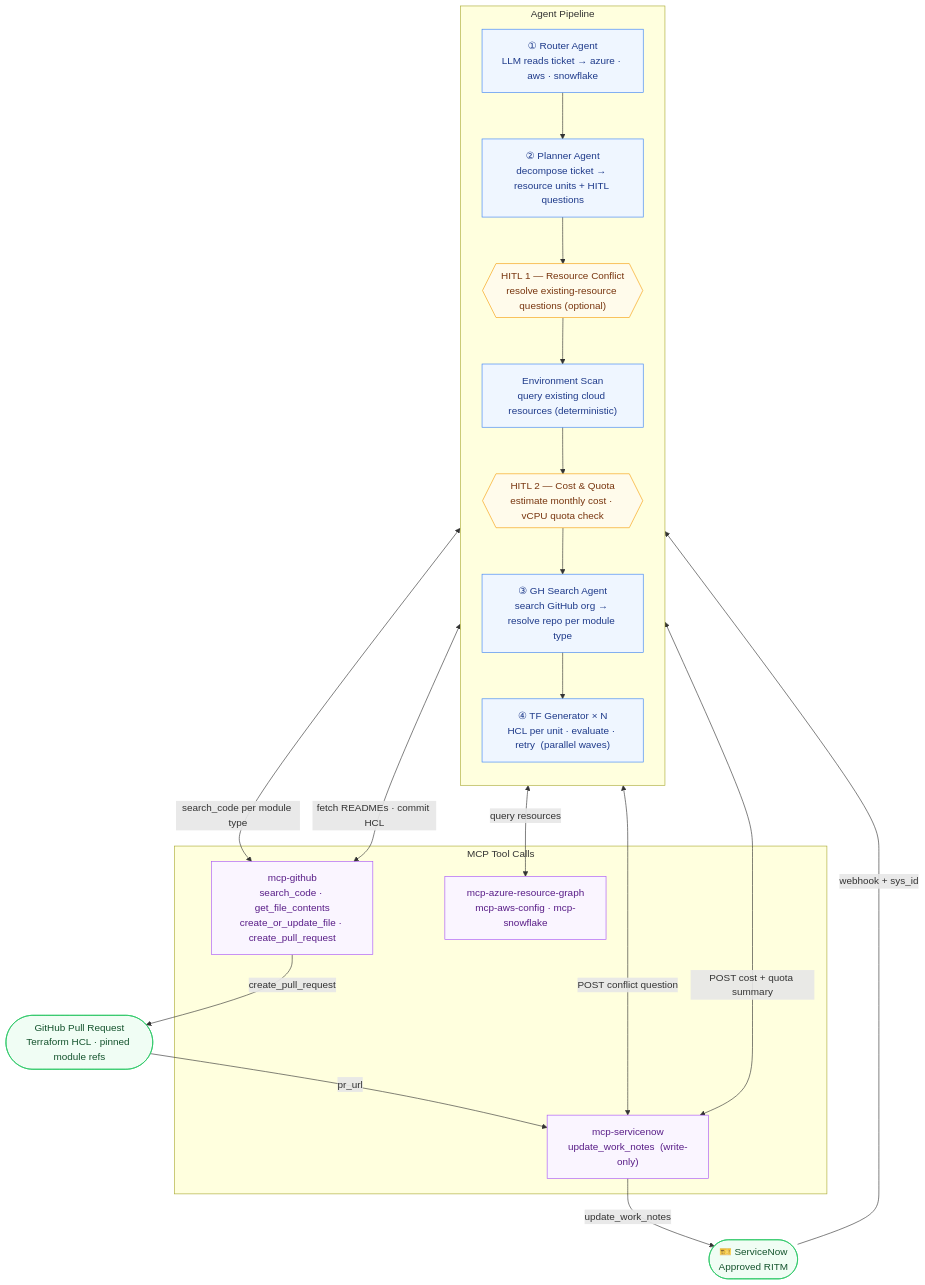
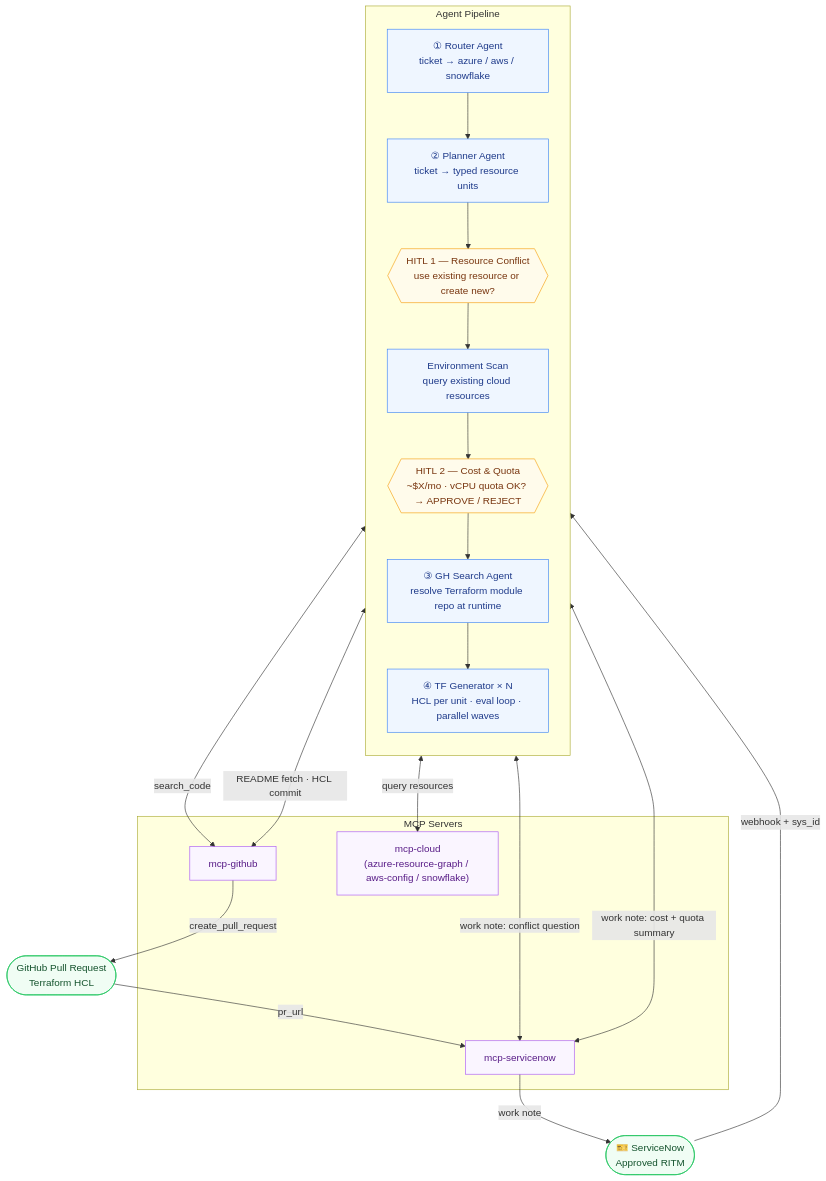
One commit to natesanshreyas/snow-tf-platform changed the first of 2 diagrams in ARCHITECTURE.md. Above: the diagram before and after it, drawn with Mermaid. The commit also changed other lines of this file, not shown here.

First line of the commit message:
Clean up Mermaid diagrams — remove block comments, add HITL 2 gate

````diff
--- a/ARCHITECTURE.md
+++ b/ARCHITECTURE.md
@@ -5,46 +5,43 @@
 ```mermaid
 flowchart TD
     SNOW(["🎫 ServiceNow\nApproved RITM"])
+    PR(["GitHub Pull Request\nTerraform HCL"])
 
-    subgraph AGENTS["  Agent Pipeline  "]
+    subgraph PIPELINE["Agent Pipeline"]
         direction TB
-        A1["① Router Agent\nLLM reads ticket → azure · aws · snowflake"]
-        A2["② Planner Agent\ndecompose ticket → resource units + HITL questions"]
-        HITL1{{"HITL 1 — Resource Conflict\nresolve existing-resource questions (optional)"}}
-        SCAN["Environment Scan\nquery existing cloud resources (deterministic)"]
-        COST{{"HITL 2 — Cost & Quota\nestimate monthly cost · vCPU quota check"}}
-        A3["③ GH Search Agent\nsearch GitHub org → resolve repo per module type"]
-        A4["④ TF Generator × N\nHCL per unit · evaluate · retry  (parallel waves)"]
+        A1["① Router Agent\nticket → azure / aws / snowflake"]
+        A2["② Planner Agent\nticket → typed resource units"]
+        HITL1{{"HITL 1 — Resource Conflict\nuse existing resource or create new?"}}
+        SCAN["Environment Scan\nquery existing cloud resources"]
+        COST{{"HITL 2 — Cost & Quota\n~$X/mo · vCPU quota OK? → APPROVE / REJECT"}}
+        A3["③ GH Search Agent\nresolve Terraform module repo at runtime"]
+        A4["④ TF Generator × N\nHCL per unit · eval loop · parallel waves"]
         A1 --> A2 --> HITL1 --> SCAN --> COST --> A3 --> A4
     end
 
-    subgraph MCP["  MCP Tool Calls  "]
-        MG["mcp-github\nsearch_code · get_file_contents\ncreate_or_update_file · create_pull_request"]
-        MS["mcp-servicenow\nupdate_work_notes  (write-only)"]
-        MC["mcp-azure-resource-graph\nmcp-aws-config · mcp-snowflake"]
+    subgraph MCP["MCP Servers"]
+        MG["mcp-github"]
+        MS["mcp-servicenow"]
+        MC["mcp-cloud\n(azure-resource-graph / aws-config / snowflake)"]
     end
 
-    PR(["GitHub Pull Request\nTerraform HCL · pinned module refs"])
-
-    SNOW -->|"webhook + sys_id"| AGENTS
-
-    HITL1 <-->|"POST conflict question"| MS
-    COST  <-->|"POST cost + quota summary"| MS
+    SNOW -->|"webhook + sys_id"| PIPELINE
+    HITL1 <-->|"work note: conflict question"| MS
+    COST  <-->|"work note: cost + quota summary"| MS
     SCAN  <-->|"query resources"| MC
-    A3    <-->|"search_code per module type"| MG
-    A4    <-->|"fetch READMEs · commit HCL"| MG
-
-    MG -->|"create_pull_request"| PR
-    PR -->|"pr_url"| MS
-    MS -->|"update_work_notes"| SNOW
+    A3    <-->|"search_code"| MG
+    A4    <-->|"README fetch · HCL commit"| MG
+    MG    -->|"create_pull_request"| PR
+    PR    -->|"pr_url"| MS
+    MS    -->|"work note"| SNOW
 
     classDef io      fill:#f0fdf4,stroke:#22c55e,color:#14532d
     classDef agent   fill:#eff6ff,stroke:#3b82f6,color:#1e3a8a
-    classDef mcpnode fill:#faf5ff,stroke:#a855f7,color:#581c87
+    classDef mcp     fill:#faf5ff,stroke:#a855f7,color:#581c87
     classDef hitl    fill:#fffbeb,stroke:#f59e0b,color:#78350f
 
     class SNOW,PR io
     class A1,A2,SCAN,A3,A4 agent
-    class MG,MS,MC mcpnode
+    class MG,MS,MC mcp
     class HITL1,COST hitl
 ```
````
